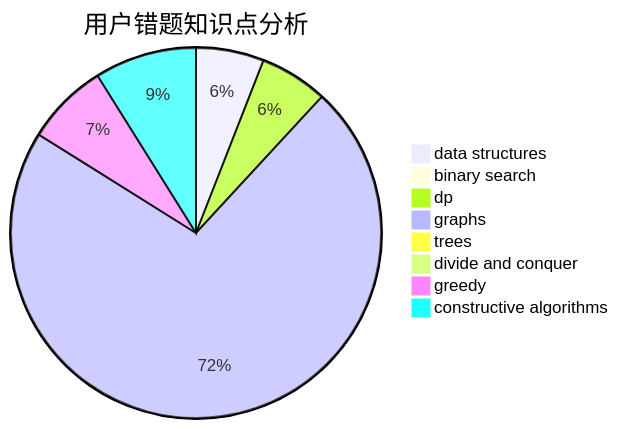
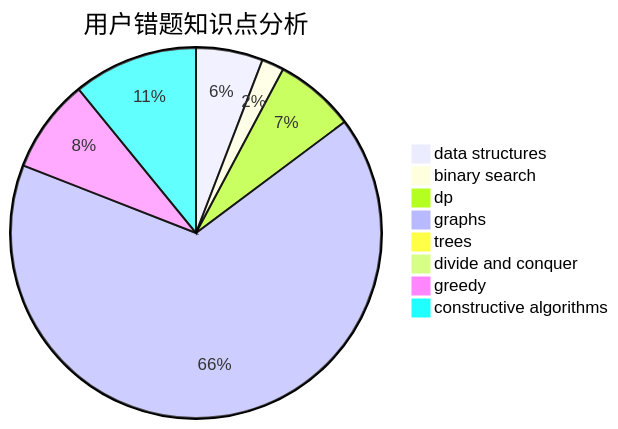
The third of 3 diagrams in docs/user/u1414.md (sherpahu/cfrs.github.io), drawn with Mermaid before and after one commit. The commit also changed other lines of this file and 2770 other files, not shown here.

````diff
--- a/docs/user/u1414.md
+++ b/docs/user/u1414.md
@@ -36,11 +36,11 @@
 ```mermaid
 pie title 用户错题知识点分析
-    "data structures" :  14
-    "binary search" :  1
-    "dp" :  14
+    "data structures" :  15
+    "binary search" :  5
+    "dp" :  18
     "graphs" :  170
-    "trees" :  0
+    "trees" :  1
     "divide and conquer" :  0
-    "greedy" :  17
-    "constructive algorithms" :  21
+    "greedy" :  21
+    "constructive algorithms" :  28
 ```
````
